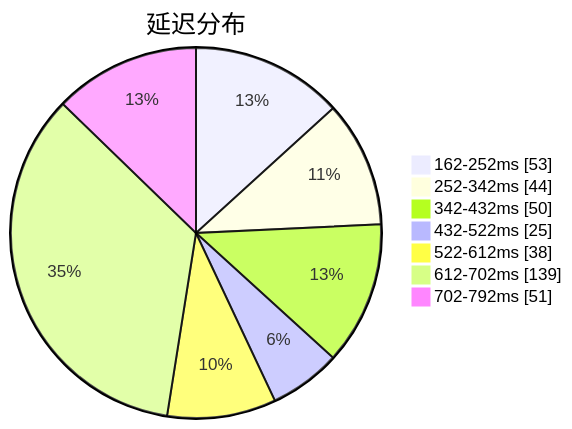
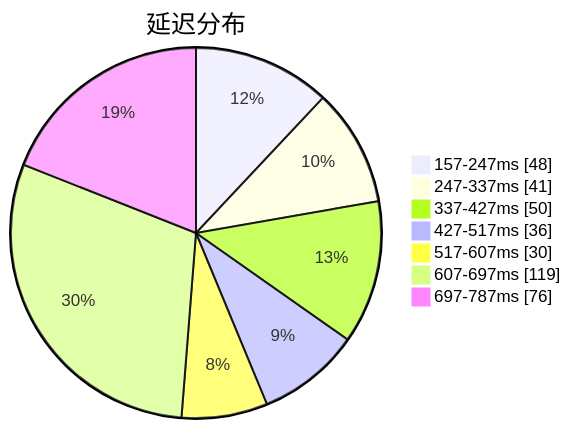
The first of 3 diagrams in subs/statistics/tested_within.md (qjlxg/airport), drawn with Mermaid before and after one commit. The commit also changed other lines of this file and 2 other files, not shown here.

````diff
--- a/subs/statistics/tested_within.md
+++ b/subs/statistics/tested_within.md
@@ -2,11 +2,11 @@
 ```mermaid
 pie showData
 title 延迟分布
-"162-252ms" : 53
-"252-342ms" : 44
-"342-432ms" : 50
-"432-522ms" : 25
-"522-612ms" : 38
-"612-702ms" : 139
-"702-792ms" : 51
+"157-247ms" : 48
+"247-337ms" : 41
+"337-427ms" : 50
+"427-517ms" : 36
+"517-607ms" : 30
+"607-697ms" : 119
+"697-787ms" : 76
 ```
````
